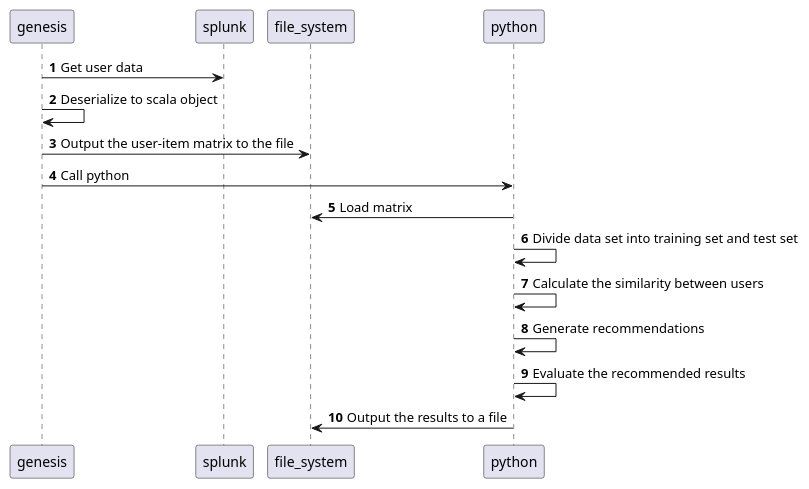
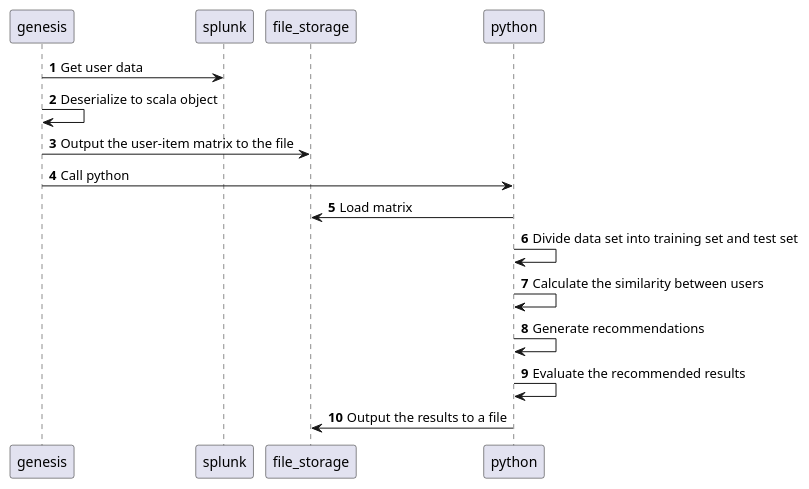
The diagram in training.puml (873696121/MovieRecommendation), drawn with PlantUML before and after one commit. The commit also changed 1 other file, not shown here.

```diff
--- a/training.puml
+++ b/training.puml
@@ -1,19 +1,19 @@
 @startuml
 autonumber
 participant genesis
 participant splunk
-participant file_system
+participant file_storage
 participant python
 
 genesis -> splunk: Get user data
 genesis -> genesis: Deserialize to scala object
-genesis -> file_system: Output the user-item matrix to the file
+genesis -> file_storage: Output the user-item matrix to the file
 genesis -> python : Call python
-python -> file_system: Load matrix
+python -> file_storage: Load matrix
 python -> python: Divide data set into training set and test set
 python -> python: Calculate the similarity between users
 python -> python: Generate recommendations
 python -> python: Evaluate the recommended results
-python -> file_system: Output the results to a file
+python -> file_storage: Output the results to a file
 
 @enduml
```
